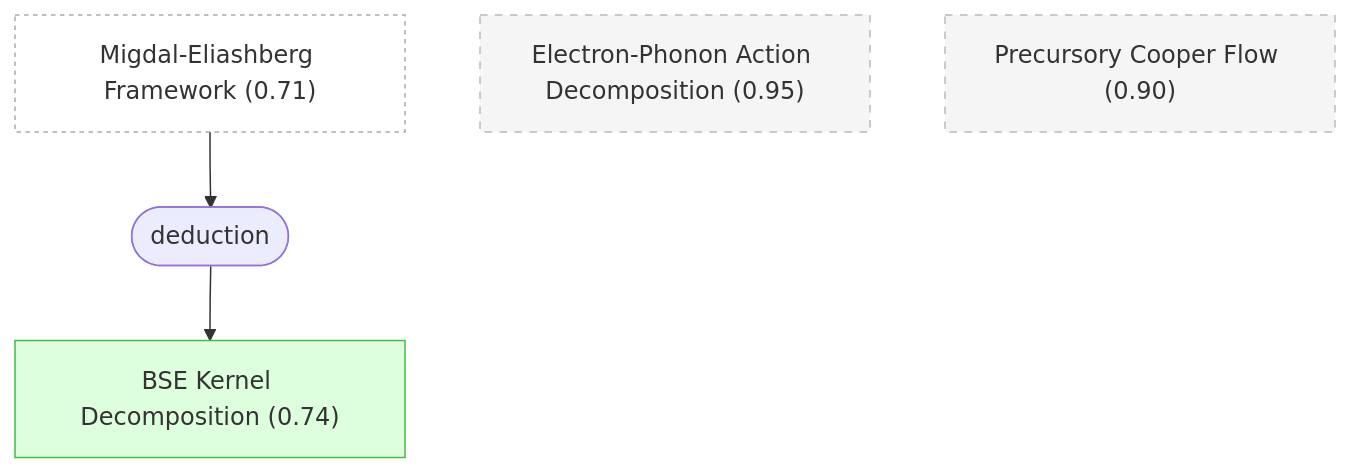
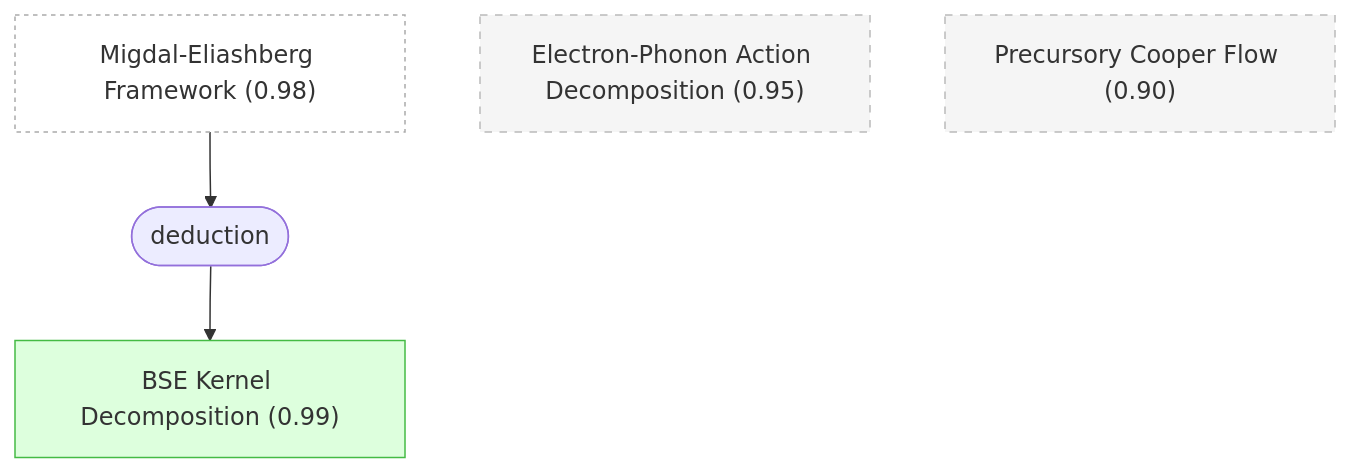
Before and after one commit to kunyuan/SuperconductivityElectronLiquids.gaia: the third of 11 diagrams in docs/detailed-reasoning.md, drawn with Mermaid. The commit also changed other lines of this file and 244 other files, not shown here.

````diff
--- a/docs/detailed-reasoning.md
+++ b/docs/detailed-reasoning.md
@@ -219,20 +268,20 @@
 ```mermaid
 graph TD
-    me_framework["Migdal-Eliashberg Framework (0.71)"]:::external
+    me_framework["Migdal-Eliashberg Framework (0.98)"]:::external
     electron_phonon_action["Electron-Phonon Action Decomposition (0.95)"]:::background
-    bse_kernel_decomposition["BSE Kernel Decomposition (0.74)"]:::derived
+    bse_kernel_decomposition["BSE Kernel Decomposition (0.99)"]:::derived
     precursory_cooper_flow["Precursory Cooper Flow (0.90)"]:::background
     strat_1(["deduction"])
     me_framework --> strat_1
     strat_1 --> bse_kernel_decomposition
 
     classDef setting fill:#f0f0f0,stroke:#999,color:#333
     classDef premise fill:#ddeeff,stroke:#4488bb,color:#333
     classDef derived fill:#ddffdd,stroke:#44bb44,color:#333
     classDef question fill:#fff3dd,stroke:#cc9944,color:#333
     classDef background fill:#f5f5f5,stroke:#bbb,stroke-dasharray: 5 5,color:#333
     classDef orphan fill:#fff,stroke:#ccc,stroke-dasharray: 5 5,color:#333
     classDef external fill:#fff,stroke:#aaa,stroke-dasharray: 3 3,color:#333
     classDef weak fill:#fff9c4,stroke:#f9a825,stroke-dasharray: 5 5,color:#333
     classDef contra fill:#ffebee,stroke:#c62828,color:#333
 ```
````
